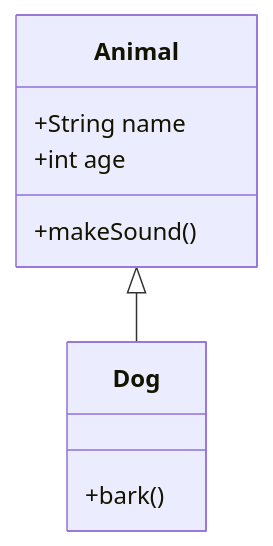
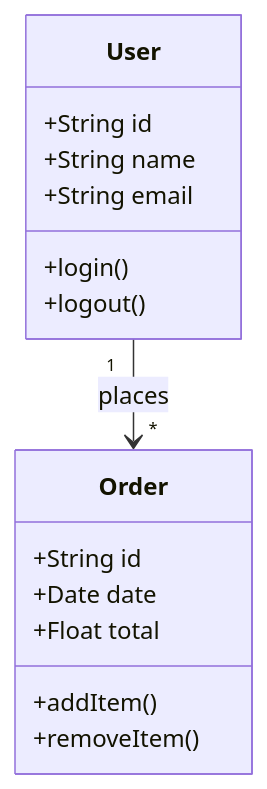
One commit to runkids/claude-skill-registry changed the third of 8 diagrams in skills/data/mermaid-diagram/SKILL.md. Above: the diagram before and after it, drawn with Mermaid. The commit also changed other lines of this file and 29822 other files, not shown here.

````diff
--- a/skills/data/mermaid-diagram/SKILL.md
+++ b/skills/data/mermaid-diagram/SKILL.md
@@ -60,14 +90,18 @@
 ```mermaid
 classDiagram
-    class Animal {
+    class User {
+        +String id
         +String name
-        +int age
-        +makeSound()
+        +String email
+        +login()
+        +logout()
     }
-
-    class Dog {
-        +bark()
+    class Order {
+        +String id
+        +Date date
+        +Float total
+        +addItem()
+        +removeItem()
     }
-
-    Animal <|-- Dog
+    User "1" --> "*" Order : places
 ```
````
